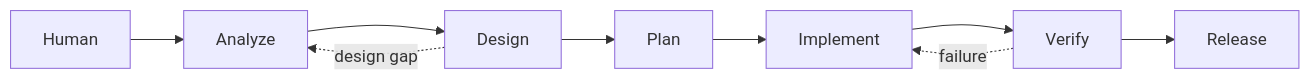
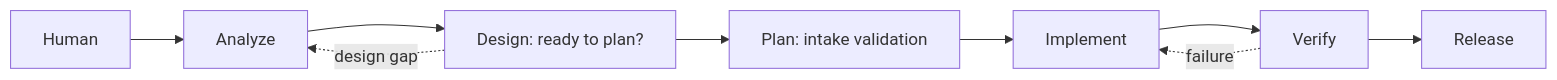
Before and after one commit to jho/dev-toolbox: the diagram in docs/agentic-sdlc/README.md, drawn with Mermaid. The commit also changed other lines of this file and 4 other files, not shown here.

````diff
--- a/docs/agentic-sdlc/README.md
+++ b/docs/agentic-sdlc/README.md
@@ -6,11 +7,11 @@
 ```mermaid
 flowchart LR
     H[Human] --> A[Analyze]
-    A --> D[Design]
-    D --> P[Plan]
+    A --> D[Design: ready to plan?]
+    D --> P[Plan: intake validation]
     P --> I[Implement]
     I --> V[Verify]
     V --> R[Release]
     V -. failure .-> I
     D -. design gap .-> A
 ```
````
